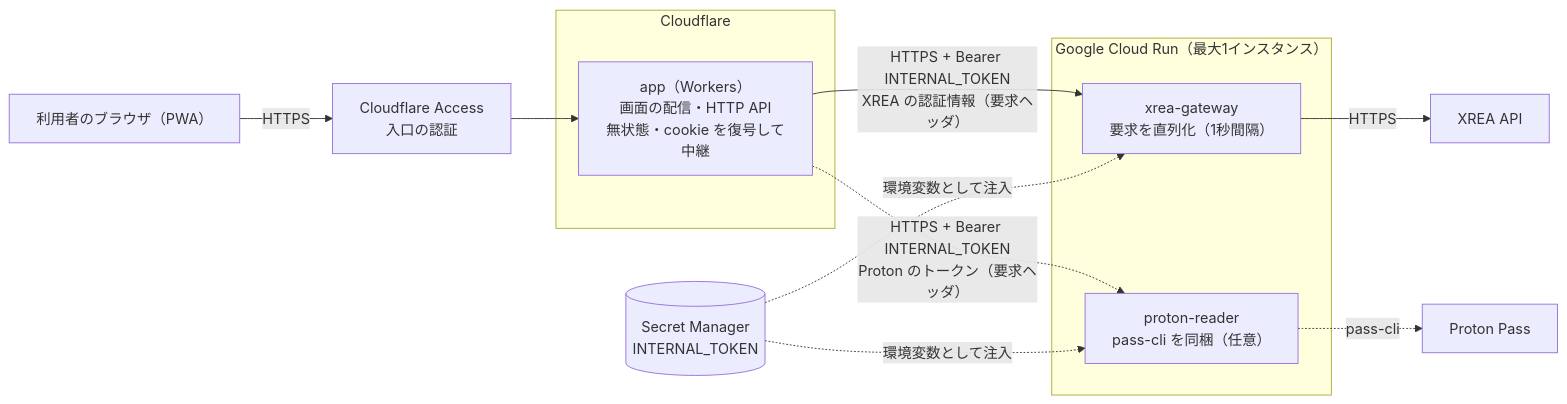
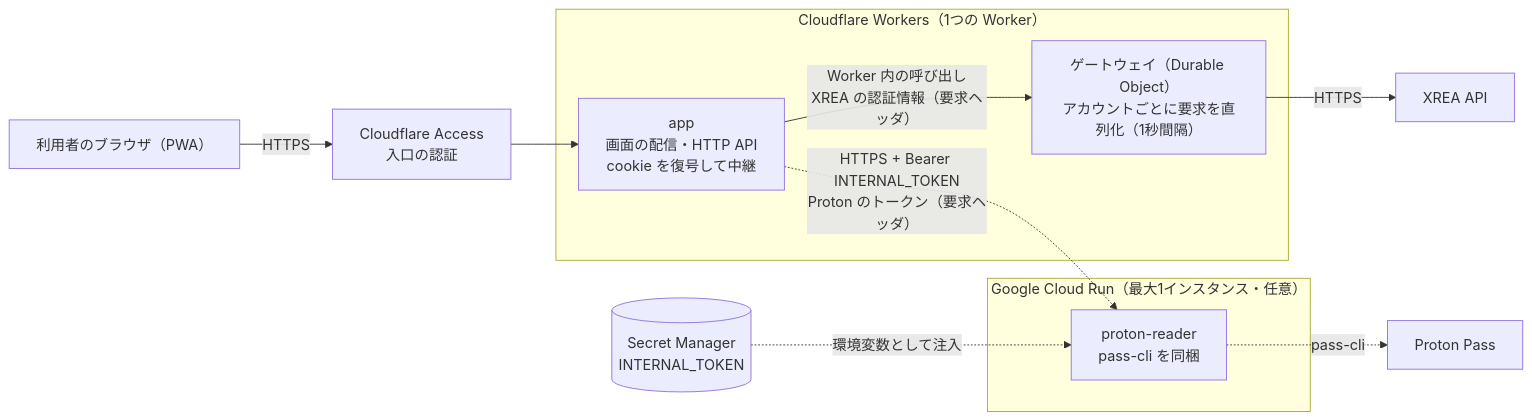
One commit to nekono-dev/xrea-address-generator changed the first of 2 diagrams in docs/cloud-deploy.md. Above: the diagram before and after it, drawn with Mermaid. The commit also changed other lines of this file and 72 other files, not shown here.

````diff
--- a/docs/cloud-deploy.md
+++ b/docs/cloud-deploy.md
@@ -9,26 +9,25 @@
 ```mermaid
 flowchart LR
   user["利用者のブラウザ（PWA）"]
   access["Cloudflare Access<br/>入口の認証"]
 
-  subgraph cf["Cloudflare"]
-    app["app（Workers）<br/>画面の配信・HTTP API<br/>無状態・cookie を復号して中継"]
+  subgraph cf["Cloudflare Workers（1つの Worker）"]
+    app["app<br/>画面の配信・HTTP API<br/>cookie を復号して中継"]
+    gw["ゲートウェイ（Durable Object）<br/>アカウントごとに要求を直列化（1秒間隔）"]
   end
 
-  subgraph gcp["Google Cloud Run（最大1インスタンス）"]
-    gw["xrea-gateway<br/>要求を直列化（1秒間隔）"]
-    rd["proton-reader<br/>pass-cli を同梱（任意）"]
+  subgraph gcp["Google Cloud Run（最大1インスタンス・任意）"]
+    rd["proton-reader<br/>pass-cli を同梱"]
   end
 
   sm[("Secret Manager<br/>INTERNAL_TOKEN")]
   xrea["XREA API"]
   proton["Proton Pass"]
 
   user -->|HTTPS| access --> app
-  app -->|"HTTPS + Bearer INTERNAL_TOKEN<br/>XREA の認証情報（要求ヘッダ）"| gw
+  app -->|"Worker 内の呼び出し<br/>XREA の認証情報（要求ヘッダ）"| gw
   app -.->|"HTTPS + Bearer INTERNAL_TOKEN<br/>Proton のトークン（要求ヘッダ）"| rd
   gw -->|HTTPS| xrea
   rd -.->|pass-cli| proton
-  sm -.->|環境変数として注入| gw
   sm -.->|環境変数として注入| rd
 ```
````
